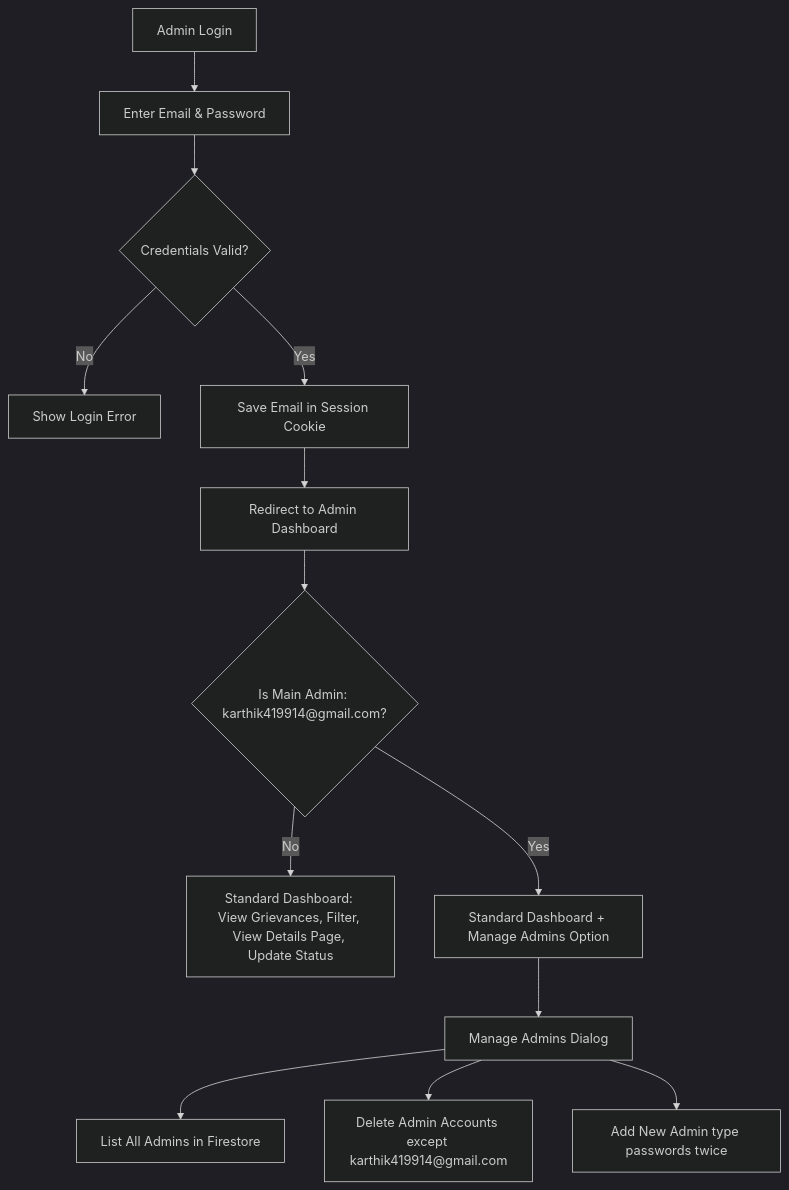
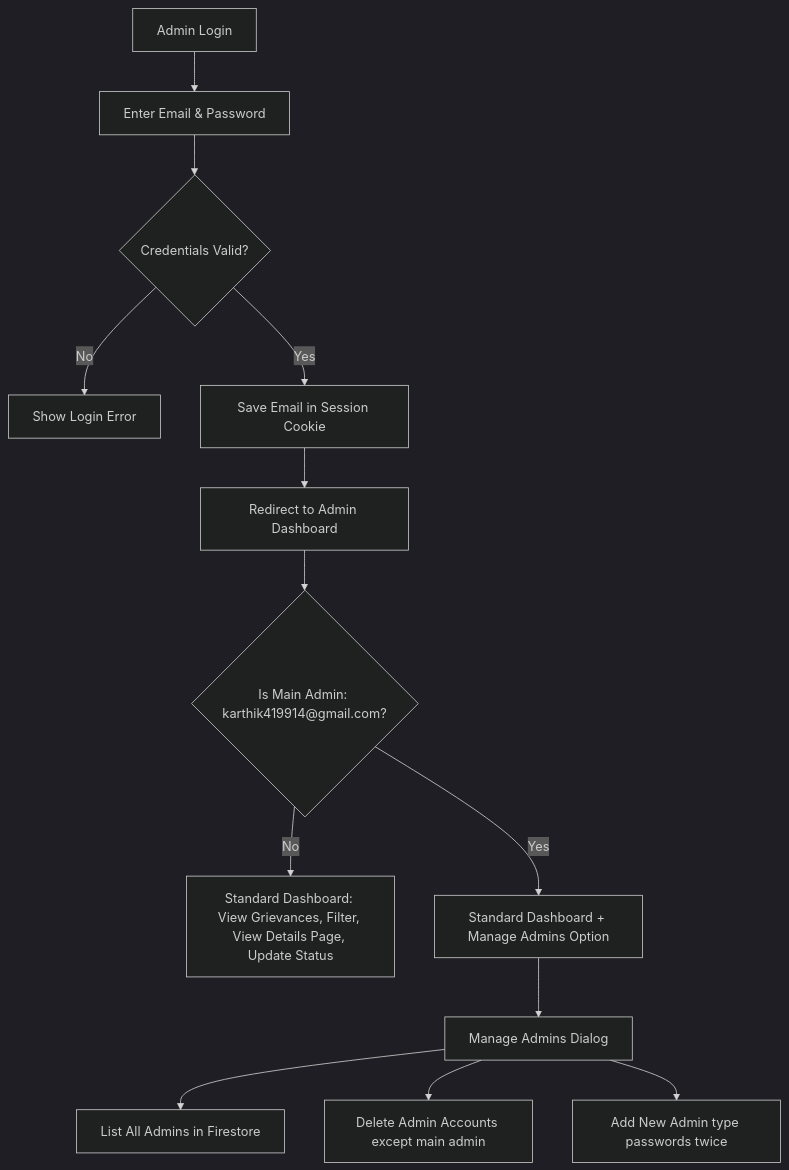
One commit to karthik419914/grievance-system changed the second of 2 diagrams in README.md. Above: the diagram before and after it, drawn with Mermaid (dark theme). The commit also changed other lines of this file, not shown here.

````diff
--- a/README.md
+++ b/README.md
@@ -50,15 +50,15 @@
 ```mermaid
 graph TD
     A[Admin Login] --> B[Enter Email & Password]
     B --> C{Credentials Valid?}
     C -->|No| D[Show Login Error]
     C -->|Yes| E[Save Email in Session Cookie]
     E --> F[Redirect to Admin Dashboard]
     F --> G{Is Main Admin: karthik419914@gmail.com?}
     G -->|No| H[Standard Dashboard: View Grievances, Filter, View Details Page, Update Status]
     G -->|Yes| I[Standard Dashboard + Manage Admins Option]
     I --> J[Manage Admins Dialog]
     J --> K[List All Admins in Firestore]
-    J --> L[Delete Admin Accounts except karthik419914@gmail.com]
+    J --> L[Delete Admin Accounts except main admin]
     J --> M[Add New Admin type passwords twice]
 ```
````
